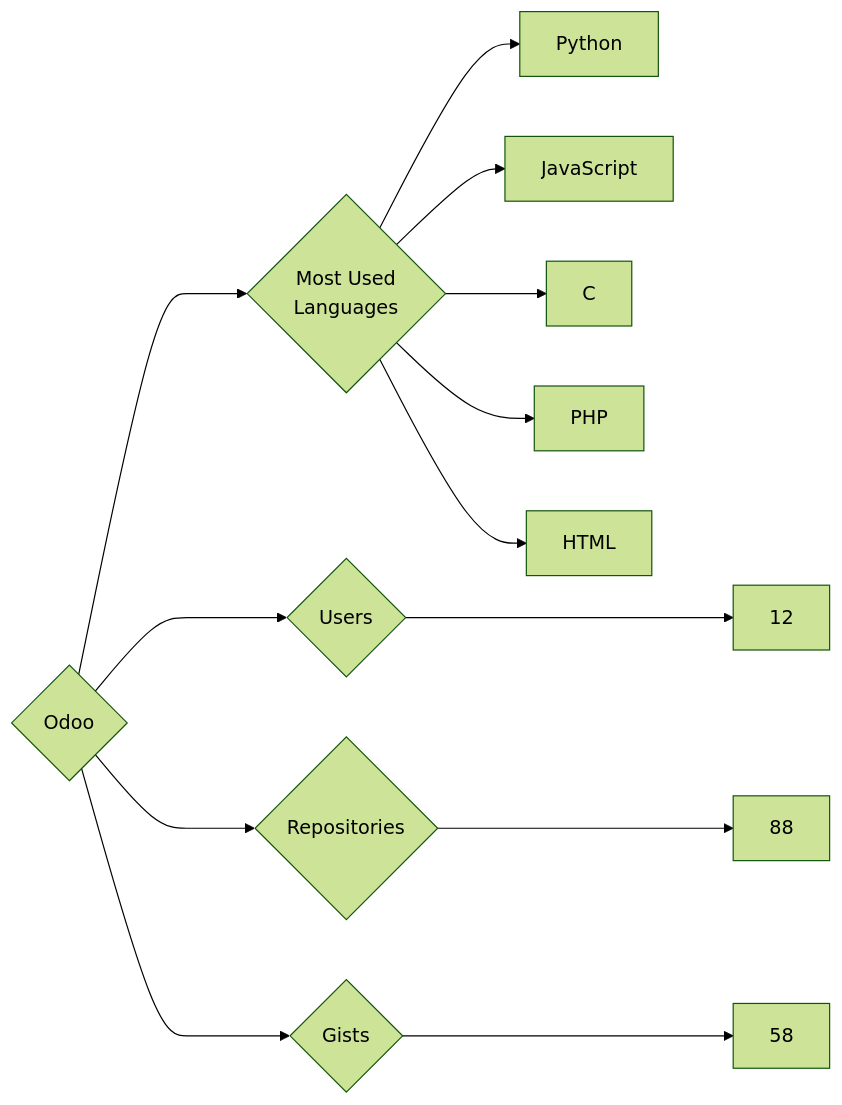
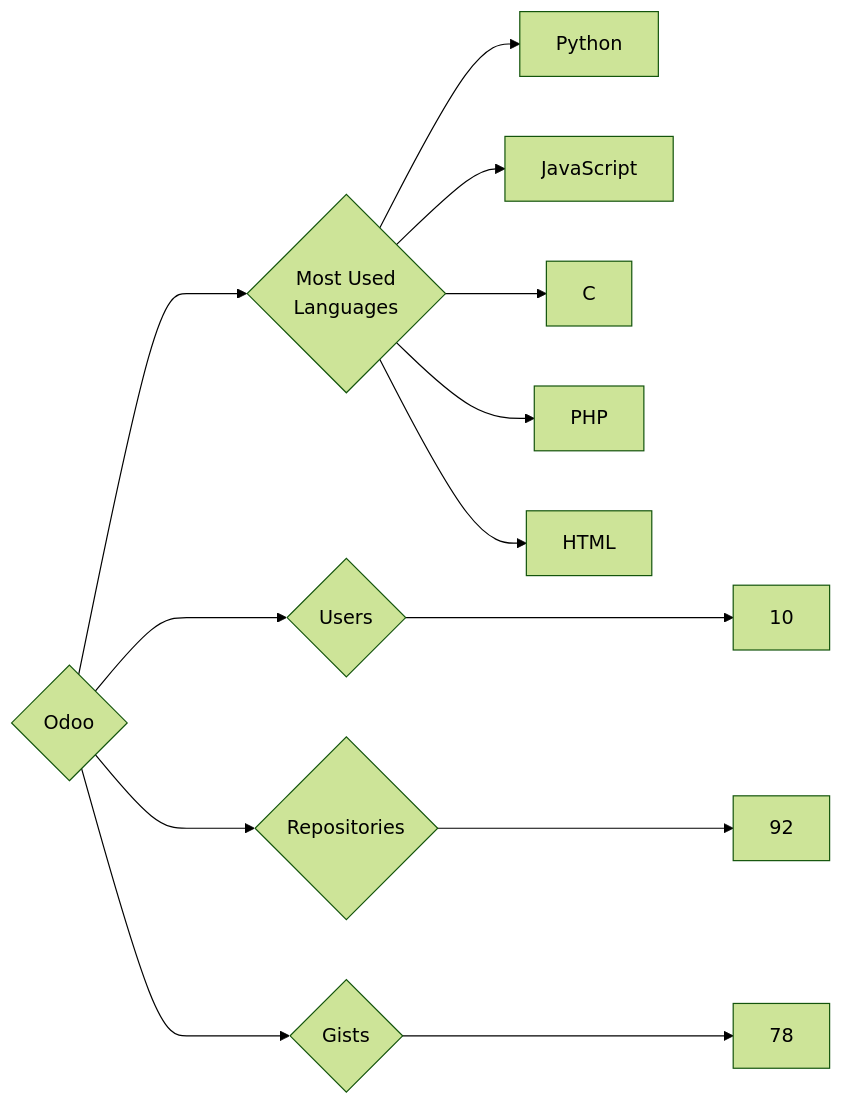
The diagram in targets/Odoo/README.md (trickest/insiders), drawn with Mermaid (forest theme) before and after one commit. The commit also changed 1479 other files, not shown here.

````diff
--- a/targets/Odoo/README.md
+++ b/targets/Odoo/README.md
@@ -3,13 +3,13 @@
 ```mermaid
 graph LR
 COMPANY_NAME{Odoo}
-COMPANY_NAME ---> U{Users} ---> UN[12]
-COMPANY_NAME ---> R{Repositories} ---> RN[88]
-COMPANY_NAME ---> G{Gists} ---> GN[58]
+COMPANY_NAME ---> U{Users} ---> UN[10]
+COMPANY_NAME ---> R{Repositories} ---> RN[92]
+COMPANY_NAME ---> G{Gists} ---> GN[78]
 COMPANY_NAME ---> ML{Most Used<br>Languages}
 ML --> Python[Python]
 ML --> JavaScript[JavaScript]
 ML --> C[C]
 ML --> PHP[PHP]
 ML --> HTML[HTML]
 ```
````
